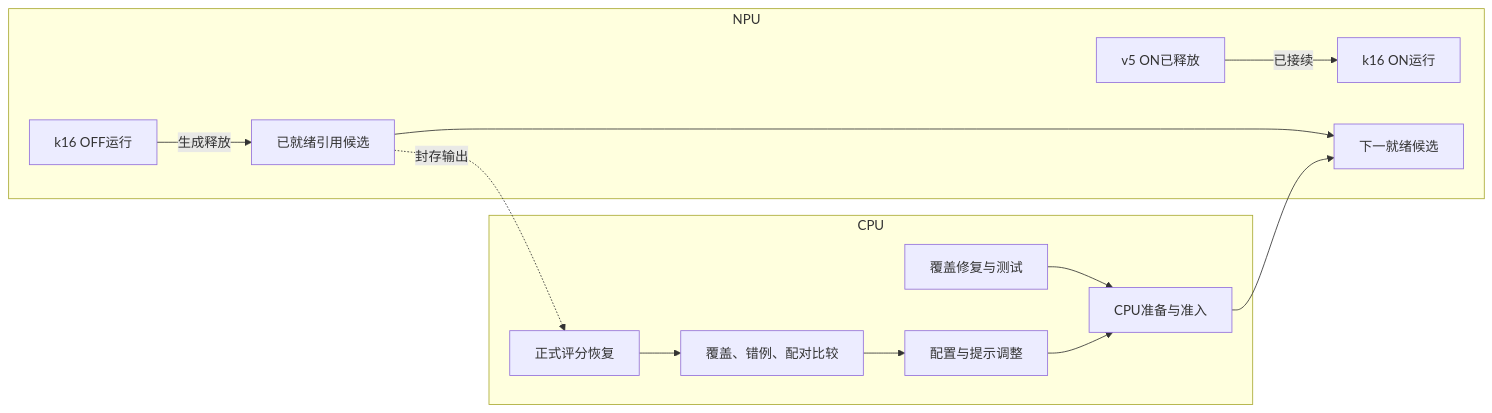
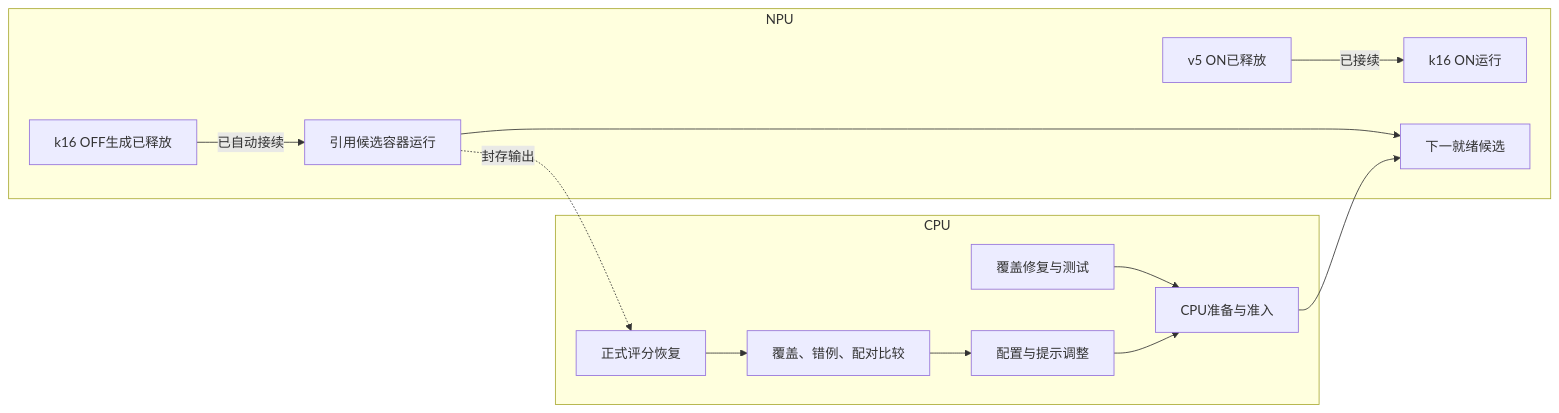
The diagram in wiki/TFRL-Execution-DAG.md (chaosxingxc-orion/omni), drawn with Mermaid before and after one commit. The commit also changed other lines of this file and 10 other files, not shown here.

````diff
--- a/wiki/TFRL-Execution-DAG.md
+++ b/wiki/TFRL-Execution-DAG.md
@@ -28,16 +28,16 @@
 ```mermaid
 flowchart LR
   subgraph CPU
     Fix[覆盖修复与测试] --> Prepare[CPU准备与准入]
     Score[正式评分恢复] --> Compare[覆盖、错例、配对比较]
     Compare --> Tune[配置与提示调整]
     Tune --> Prepare
   end
   subgraph NPU
-    A[k16 OFF运行] -->|生成释放| Cover[已就绪引用候选]
+    A[k16 OFF生成已释放] -->|已自动接续| Cover[引用候选容器运行]
     B[v5 ON已释放] -->|已接续| K[k16 ON运行]
     Cover --> Next[下一就绪候选]
   end
   Prepare --> Next
   Cover -.封存输出.-> Score
 ```
````
